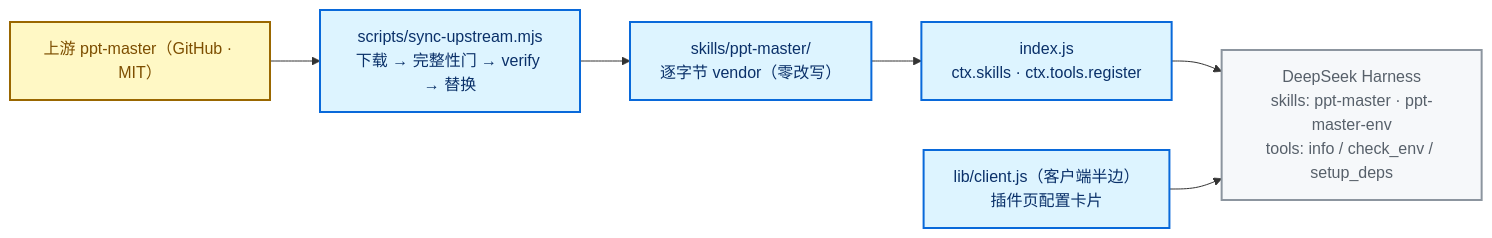
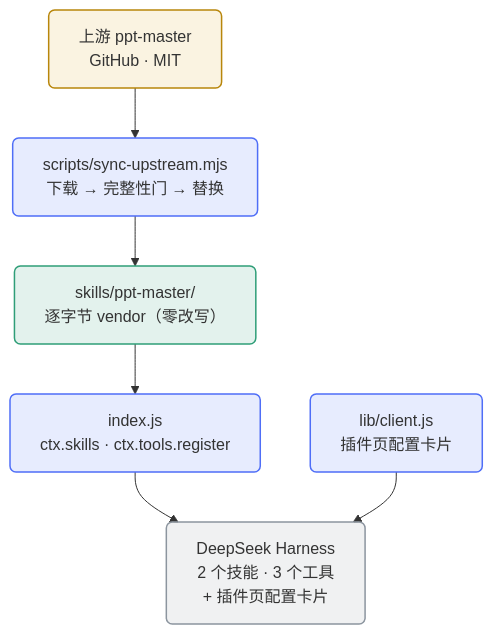
One commit to SAXEM1997/dsh-ppt-master-wrapper changed the diagram in README.md. Above: the diagram before and after it, drawn with Mermaid. The commit also changed 1 other file, not shown here.

Commit message:
docs: mermaid 架构图重绘——纵向紧凑布局 + 圆角半透明节点（主题自适应：不写死文字色，深浅色可读；消除超宽裁切与硬折行）

````diff
--- a/README.md
+++ b/README.md
@@ -27,16 +27,19 @@
 ```mermaid
-flowchart LR
-    classDef up fill:#fff8c5,stroke:#9a6700,stroke-width:2px,color:#7d4e00
-    classDef pkg fill:#ddf4ff,stroke:#0969da,stroke-width:2px,color:#0a3069
-    classDef dsh fill:#f6f8fa,stroke:#8c959f,stroke-width:2px,color:#57606a
-
-    UP["上游 ppt-master（GitHub · MIT）"]:::up
-    SYNC["scripts/sync-upstream.mjs<br/>下载 → 完整性门 → verify → 替换"]:::pkg
-    VENDOR["skills/ppt-master/<br/>逐字节 vendor（零改写）"]:::pkg
-    HOST["index.js<br/>ctx.skills · ctx.tools.register"]:::pkg
-    CARD["lib/client.js（客户端半边）<br/>插件页配置卡片"]:::pkg
-    DSH["DeepSeek Harness<br/>skills: ppt-master · ppt-master-env<br/>tools: info / check_env / setup_deps"]:::dsh
+%%{init: {"flowchart": {"wrappingWidth": 320}}}%%
+flowchart TB
+    UP["上游 ppt-master<br/>GitHub · MIT"]:::up
+    SYNC["scripts/sync-upstream.mjs<br/>下载 → 完整性门 → 替换"]:::tool
+    VENDOR["skills/ppt-master/<br/>逐字节 vendor（零改写）"]:::artifact
+    HOST["index.js<br/>ctx.skills · ctx.tools.register"]:::code
+    CARD["lib/client.js<br/>插件页配置卡片"]:::code
+    DSH["DeepSeek Harness<br/>2 个技能 · 3 个工具<br/>+ 插件页配置卡片"]:::host
 
     UP --> SYNC --> VENDOR --> HOST --> DSH
     CARD --> DSH
+
+    classDef up fill:#d9a52122,stroke:#b8860b,stroke-width:1.5px,rx:6,ry:6
+    classDef tool fill:#4f6ef722,stroke:#4f6ef7,stroke-width:1.5px,rx:6,ry:6
+    classDef artifact fill:#2f9e7822,stroke:#2f9e78,stroke-width:1.5px,rx:6,ry:6
+    classDef code fill:#4f6ef722,stroke:#4f6ef7,stroke-width:1.5px,rx:6,ry:6
+    classDef host fill:#8c959f22,stroke:#8c959f,stroke-width:1.5px,rx:6,ry:6
 ```
````
